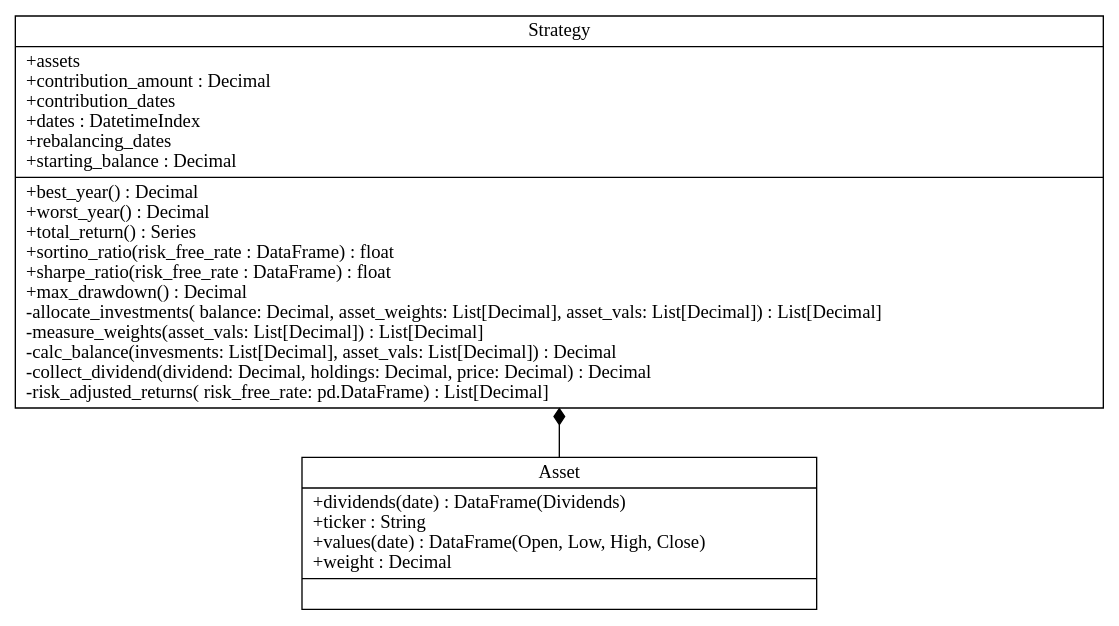
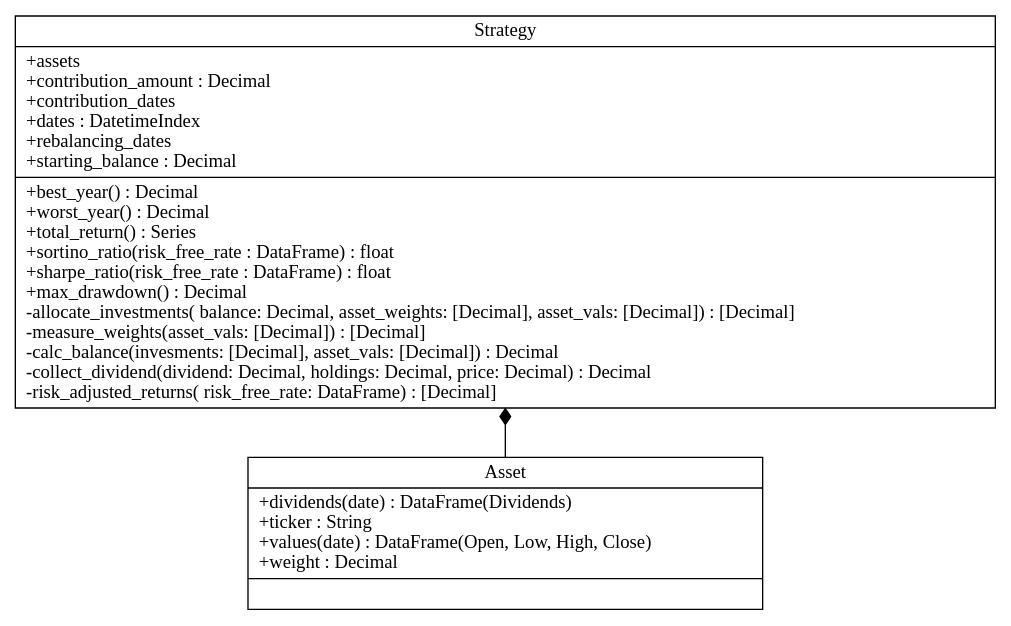
Before and after one commit to Veluga/Thalia-Backtesting-Tool: the diagram in Report/uml/classes_analyse_data.dot, drawn with Graphviz.

```diff
--- a/Report/uml/classes_analyse_data.dot
+++ b/Report/uml/classes_analyse_data.dot
@@ -1,11 +1,11 @@
 digraph "classes" {
 charset="utf-8"
 rankdir=BT
 "0" [label="{Asset|+dividends(date) : DataFrame(Dividends)\l+ticker : String\l+values(date) : DataFrame(Open, Low, High, Close)\l+weight : Decimal\l|}", shape="record"];
 "1" [label="{Strategy|+assets\l+contribution_amount : Decimal\l+contribution_dates\l+dates : DatetimeIndex\l+rebalancing_dates\l+starting_balance : Decimal\l|+best_year() : Decimal\l+worst_year() : Decimal\l+total_return() : Series\l+sortino_ratio(risk_free_rate : DataFrame) : float\l+sharpe_ratio(risk_free_rate : DataFrame) : float\l+max_drawdown() : Decimal\l-allocate_investments(
-    balance: Decimal, asset_weights: List[Decimal], asset_vals: List[Decimal]) : List[Decimal]\l-measure_weights(asset_vals: List[Decimal]) : List[Decimal]\l-calc_balance(invesments: List[Decimal], asset_vals: List[Decimal]) : Decimal\l-collect_dividend(dividend: Decimal, holdings: Decimal, price: Decimal) : Decimal\l-risk_adjusted_returns(
-    risk_free_rate: pd.DataFrame
-) : List[Decimal]\l}", shape="record"];
+    balance: Decimal, asset_weights: [Decimal], asset_vals: [Decimal]) : [Decimal]\l-measure_weights(asset_vals: [Decimal]) : [Decimal]\l-calc_balance(invesments: [Decimal], asset_vals: [Decimal]) : Decimal\l-collect_dividend(dividend: Decimal, holdings: Decimal, price: Decimal) : Decimal\l-risk_adjusted_returns(
+    risk_free_rate: DataFrame
+) : [Decimal]\l}", shape="record"];
 "0" -> "1" [arrowhead="diamond", arrowtail="none", style="solid"];
 
 }
```
